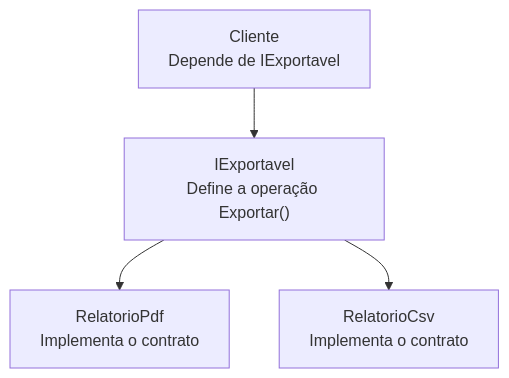
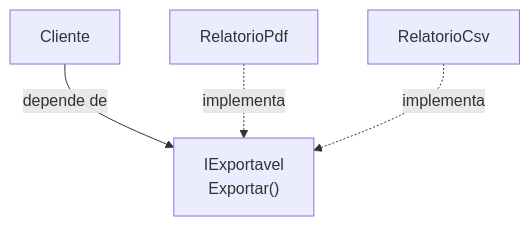
One commit to leorruas/puc changed the diagram in 01. Programacao Modular/18A. Interfaces, contratos e polimorfismo por interface.md. Above: the diagram before and after it, drawn with Mermaid.

Commit message:
Normaliza Mermaid de interfaces

````diff
--- a/01. Programacao Modular/18A. Interfaces, contratos e polimorfismo por interface.md
+++ b/01. Programacao Modular/18A. Interfaces, contratos e polimorfismo por interface.md
@@ -34,10 +34,11 @@
 ```mermaid
 flowchart TD
-    Contrato["IExportavel<br>Define a operação Exportar()"]
-    Pdf["RelatorioPdf<br>Implementa o contrato"]
-    Csv["RelatorioCsv<br>Implementa o contrato"]
-    Cliente["Cliente<br>Depende de IExportavel"]
-    Contrato --> Pdf
-    Contrato --> Csv
-    Cliente --> Contrato
+    Cliente["Cliente"]:::external
+    Contrato["IExportavel<br>Exportar()"]:::core
+    Pdf["RelatorioPdf"]:::component
+    Csv["RelatorioCsv"]:::component
+
+    Cliente -->|"depende de"| Contrato
+    Pdf -.->|"implementa"| Contrato
+    Csv -.->|"implementa"| Contrato
 ```
````
